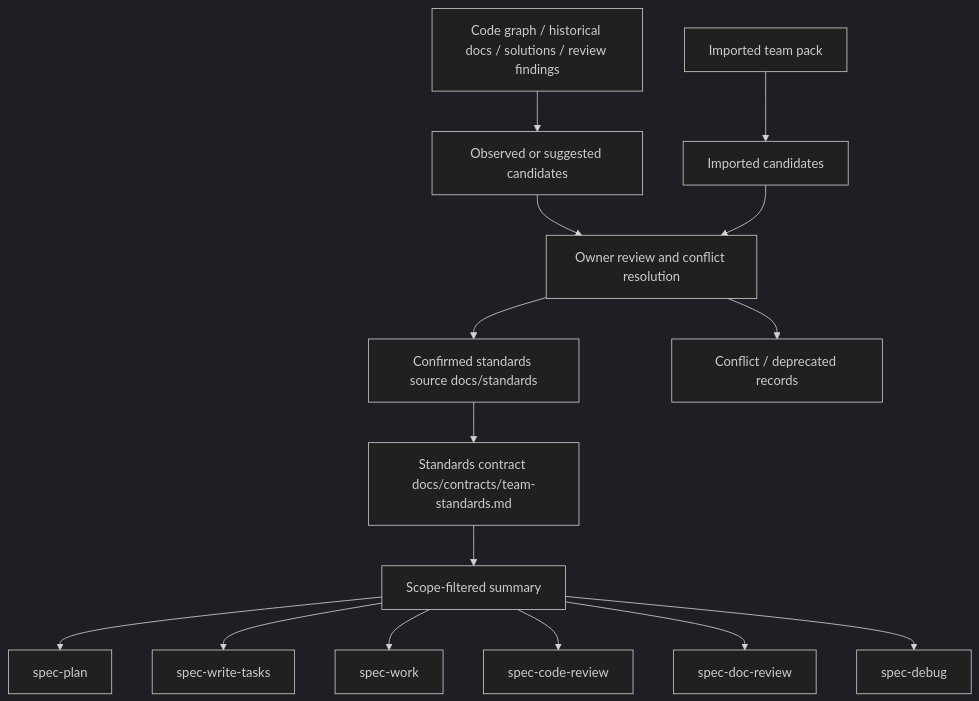
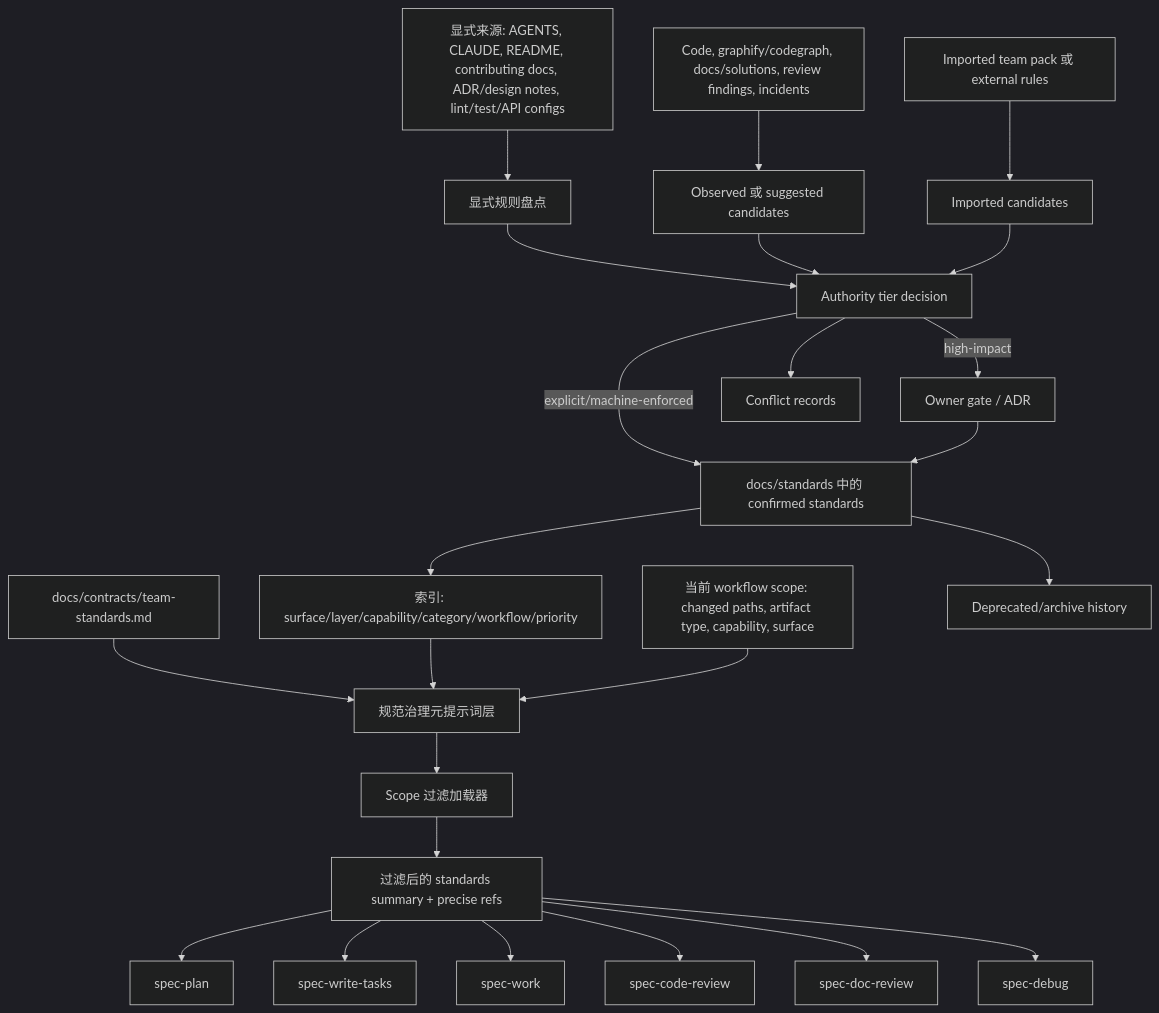
The fifth of 6 diagrams in docs/plans/2026-06-21-004-feat-team-standards-governance-layer-plan.md (ajiao7240/spec-first), drawn with Mermaid (dark theme) before and after one commit. The commit also changed other lines of this file and 13 other files, not shown here.

````diff
--- a/docs/plans/2026-06-21-004-feat-team-standards-governance-layer-plan.md
+++ b/docs/plans/2026-06-21-004-feat-team-standards-governance-layer-plan.md
@@ -245,18 +768,29 @@
 ```mermaid
 flowchart TB
-  A[Confirmed standards source docs/standards] --> B[Standards contract docs/contracts/team-standards.md]
-  B --> C[Scope-filtered summary]
-  C --> D[spec-plan]
-  C --> E[spec-write-tasks]
-  C --> F[spec-work]
-  C --> G[spec-code-review]
-  C --> H[spec-doc-review]
-  C --> I[spec-debug]
+  A[显式来源: AGENTS, CLAUDE, README, contributing docs, ADR/design notes, lint/test/API configs] --> B[显式规则盘点]
+  C[Code, graphify/codegraph, docs/solutions, review findings, incidents] --> D[Observed 或 suggested candidates]
+  E[Imported team pack 或 external rules] --> F[Imported candidates]
 
-  J[Code graph / historical docs / solutions / review findings] --> K[Observed or suggested candidates]
-  L[Imported team pack] --> M[Imported candidates]
-  K --> N[Owner review and conflict resolution]
-  M --> N
-  N --> A
-  N --> O[Conflict / deprecated records]
+  B --> G[Authority tier decision]
+  D --> G
+  F --> G
+  G -->|explicit/machine-enforced| H[docs/standards 中的 confirmed standards]
+  G -->|high-impact| OWN[Owner gate / ADR]
+  OWN --> H
+  G --> I[Conflict records]
+  H --> J[索引: surface/layer/capability/category/workflow/priority]
+  CON[docs/contracts/team-standards.md] --> META[规范治理元提示词层]
+  J --> META
+  L[当前 workflow scope: changed paths, artifact type, capability, surface] --> META
+  META --> K[Scope 过滤加载器]
+  K --> M[过滤后的 standards summary + precise refs]
+
+  M --> N[spec-plan]
+  M --> O[spec-write-tasks]
+  M --> P[spec-work]
+  M --> Q[spec-code-review]
+  M --> R[spec-doc-review]
+  M --> S[spec-debug]
+
+  H --> T[Deprecated/archive history]
 ```
````
